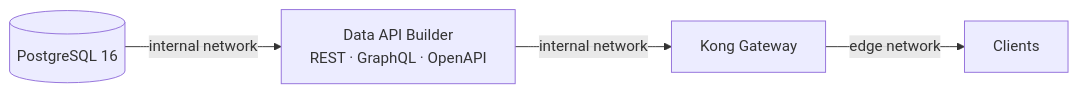
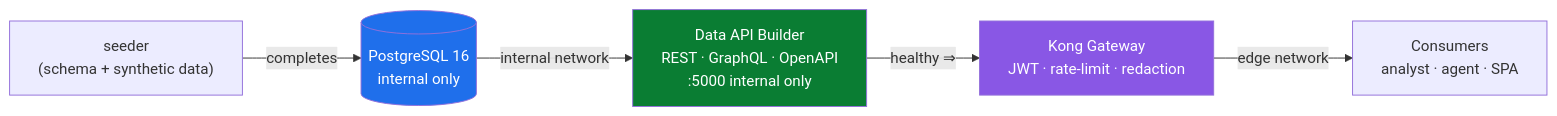
Before and after one commit to fgarofalo56/nasa-api-first-poc: the second of 2 diagrams in services/dab/README.md, drawn with Mermaid. The commit also changed other lines of this file and 40 other files, not shown here.

````diff
--- a/services/dab/README.md
+++ b/services/dab/README.md
@@ -54,6 +372,10 @@
 ```mermaid
 flowchart LR
-    PG[("PostgreSQL 16")] -->|internal network| DAB["Data API Builder<br/>REST · GraphQL · OpenAPI"]
-    DAB -->|internal network| KONG["Kong Gateway"]
-    KONG -->|edge network| CLIENT["Clients"]
+    SEED["seeder<br/>(schema + synthetic data)"] -->|completes| PG[("PostgreSQL 16<br/>internal only")]
+    PG -->|internal network| DAB["Data API Builder<br/>REST · GraphQL · OpenAPI<br/>:5000 internal only"]
+    DAB -->|healthy ⇒| KONG["Kong Gateway<br/>JWT · rate-limit · redaction"]
+    KONG -->|edge network| CLIENT["Consumers<br/>analyst · agent · SPA"]
+    style PG fill:#1f6feb,color:#fff
+    style DAB fill:#0a7d33,color:#fff
+    style KONG fill:#8957e5,color:#fff
 ```
````
